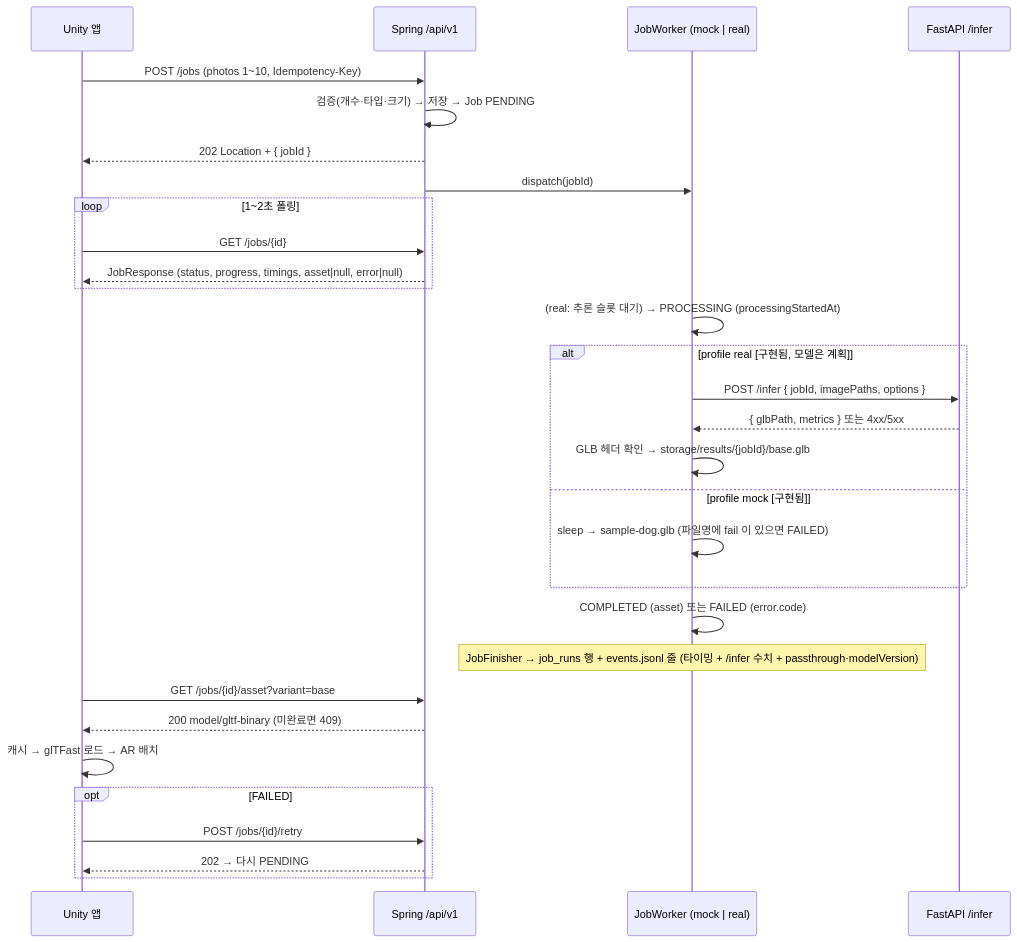
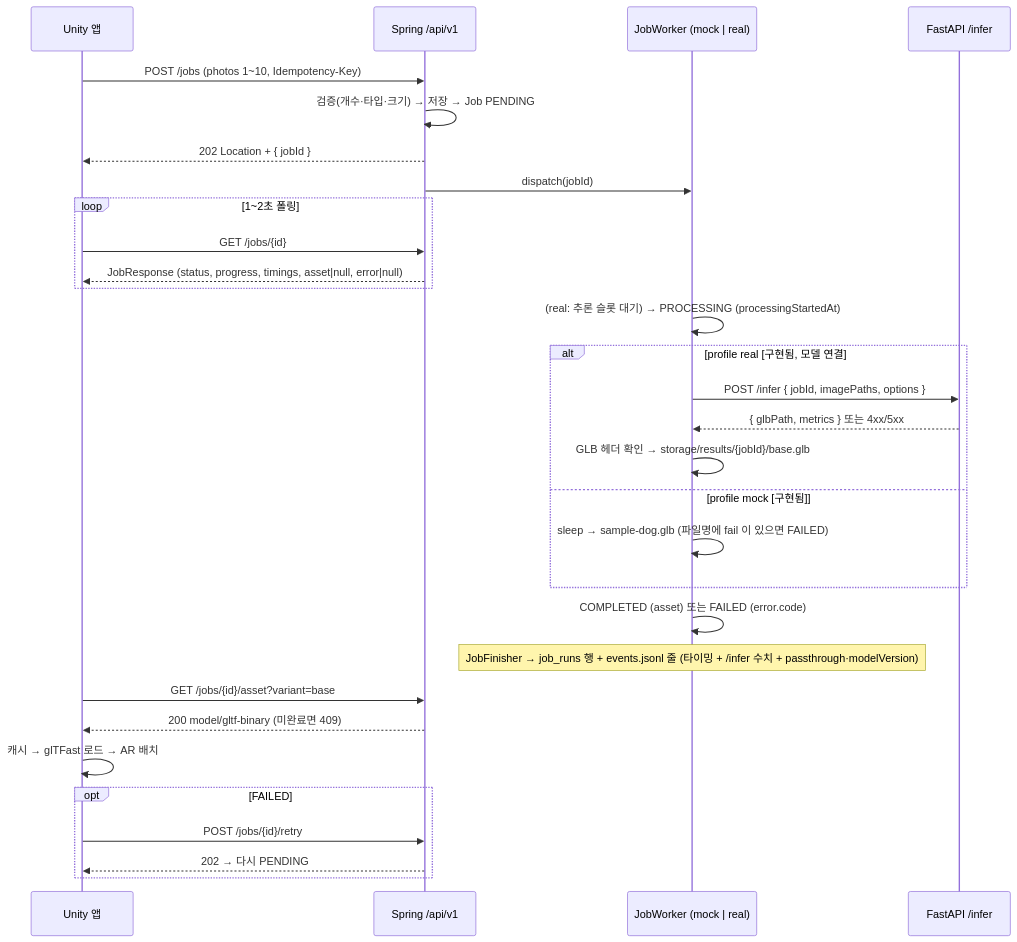
Before and after one commit to minwoo3717/Beside: the second of 3 diagrams in docs/ARCHITECTURE.md, drawn with Mermaid. The commit also changed other lines of this file and 2 other files, not shown here.

First line of the commit message:
[Backend] 문서: PLAN·ARCHITECTURE·backend README 상태를 #1 머지(Unity 앱·AnimalLift 연결) 뒤로 맞춤 — 머지된 것을 'PR 대기'·'[계획]'으로 적어 둔 곳을 바로잡되 증빙 없는 것은 [구현됨]으로 올리지 않기 위해

````diff
--- a/docs/ARCHITECTURE.md
+++ b/docs/ARCHITECTURE.md
@@ -39,32 +39,32 @@
 ```mermaid
 sequenceDiagram
     participant App as Unity 앱
     participant API as Spring /api/v1
     participant W as JobWorker (mock | real)
     participant Py as FastAPI /infer
     App->>API: POST /jobs (photos 1~10, Idempotency-Key)
     API->>API: 검증(개수·타입·크기) → 저장 → Job PENDING
     API-->>App: 202 Location + { jobId }
     API->>W: dispatch(jobId)
     loop 1~2초 폴링
         App->>API: GET /jobs/{id}
         API-->>App: JobResponse (status, progress, timings, asset|null, error|null)
     end
     W->>W: (real: 추론 슬롯 대기) → PROCESSING (processingStartedAt)
-    alt profile real [구현됨, 모델은 계획]
+    alt profile real [구현됨, 모델 연결 #1 — 실측 전]
         W->>Py: POST /infer { jobId, imagePaths, options }
         Py-->>W: { glbPath, metrics } 또는 4xx/5xx
         W->>W: GLB 헤더 확인 → storage/results/{jobId}/base.glb
     else profile mock [구현됨]
         W->>W: sleep → sample-dog.glb (파일명에 fail 이 있으면 FAILED)
     end
     W->>W: COMPLETED (asset) 또는 FAILED (error.code)
     Note over W: JobFinisher → job_runs 행 + events.jsonl 줄 (타이밍 + /infer 수치 + passthrough·modelVersion)
     App->>API: GET /jobs/{id}/asset?variant=base
     API-->>App: 200 model/gltf-binary (미완료면 409)
     App->>App: 캐시 → glTFast 로드 → AR 배치
     opt FAILED
         App->>API: POST /jobs/{id}/retry
         API-->>App: 202 → 다시 PENDING
     end
 ```
````
